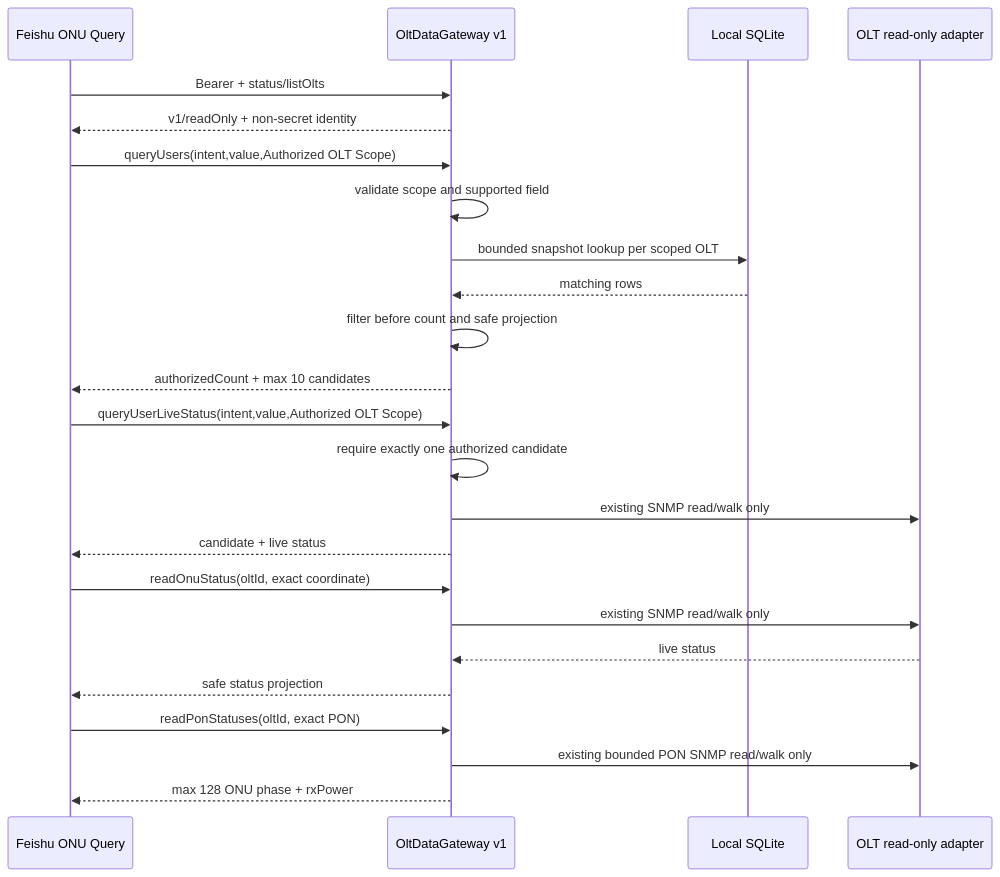
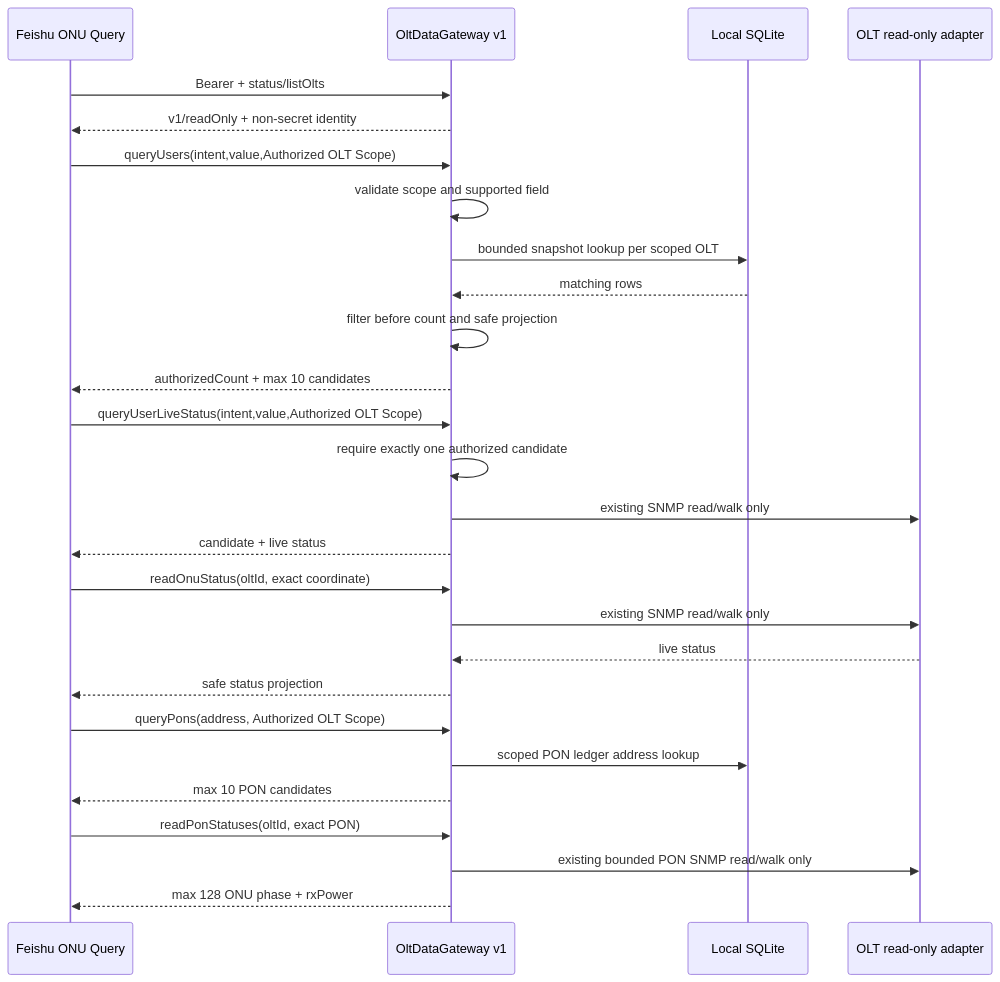
Before and after one commit to landvd/OLT-Manager: the first of 12 diagrams in docs/design/sequence.md, drawn with Mermaid. The commit also changed 9 other files, not shown here.

Commit message:
feat: query PONs by ledger address

````diff
--- a/docs/design/sequence.md
+++ b/docs/design/sequence.md
@@ -7,26 +7,29 @@
 ```mermaid
 sequenceDiagram
   participant Feishu as Feishu ONU Query
   participant Gateway as OltDataGateway v1
   participant DB as Local SQLite
   participant OLT as OLT read-only adapter
   Feishu->>Gateway: Bearer + status/listOlts
   Gateway-->>Feishu: v1/readOnly + non-secret identity
   Feishu->>Gateway: queryUsers(intent,value,Authorized OLT Scope)
   Gateway->>Gateway: validate scope and supported field
   Gateway->>DB: bounded snapshot lookup per scoped OLT
   DB-->>Gateway: matching rows
   Gateway->>Gateway: filter before count and safe projection
   Gateway-->>Feishu: authorizedCount + max 10 candidates
   Feishu->>Gateway: queryUserLiveStatus(intent,value,Authorized OLT Scope)
   Gateway->>Gateway: require exactly one authorized candidate
   Gateway->>OLT: existing SNMP read/walk only
   Gateway-->>Feishu: candidate + live status
   Feishu->>Gateway: readOnuStatus(oltId, exact coordinate)
   Gateway->>OLT: existing SNMP read/walk only
   OLT-->>Gateway: live status
   Gateway-->>Feishu: safe status projection
+  Feishu->>Gateway: queryPons(address, Authorized OLT Scope)
+  Gateway->>DB: scoped PON ledger address lookup
+  Gateway-->>Feishu: max 10 PON candidates
   Feishu->>Gateway: readPonStatuses(oltId, exact PON)
   Gateway->>OLT: existing bounded PON SNMP read/walk only
   Gateway-->>Feishu: max 128 ONU phase + rxPower
 ```
````
